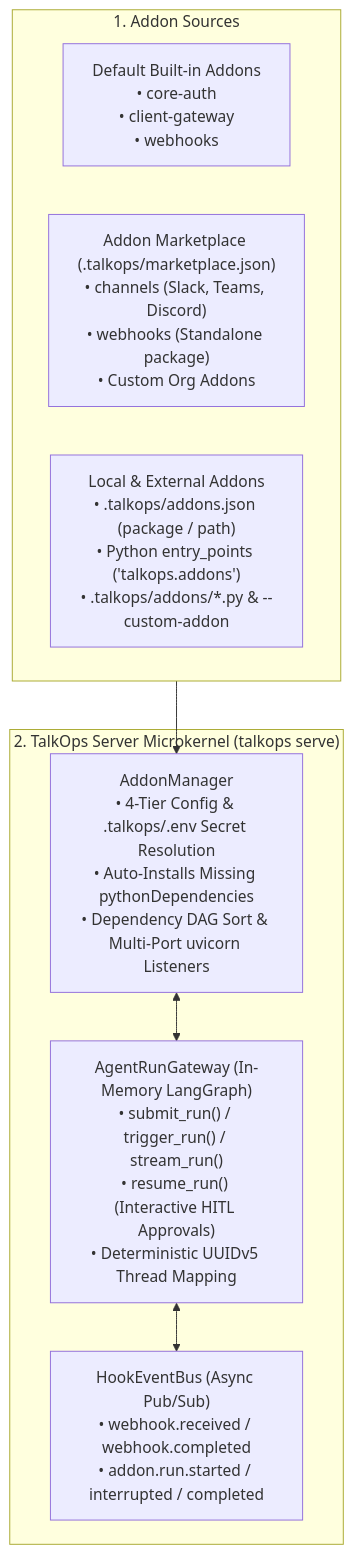
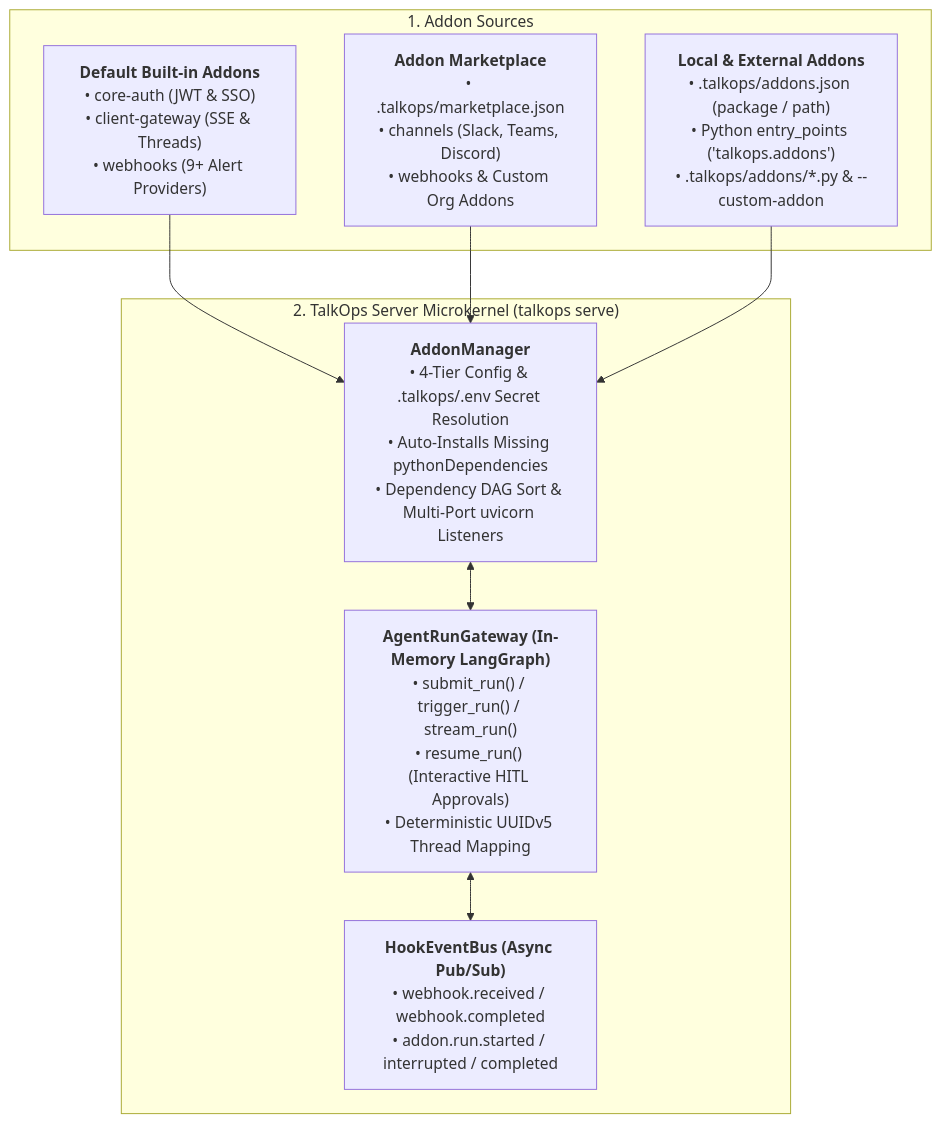
Before and after one commit to talkops-ai/talkops: the diagram in docs/talkops-docs/server-addons.md, drawn with Mermaid. The commit also changed other lines of this file and 24 other files, not shown here.

````diff
--- a/docs/talkops-docs/server-addons.md
+++ b/docs/talkops-docs/server-addons.md
@@ -36,18 +36,18 @@
 ```mermaid
 flowchart TB
     subgraph Sources["1. Addon Sources"]
-        B["Default Built-in Addons\n• core-auth\n• client-gateway\n• webhooks"]
-        MP["Addon Marketplace (.talkops/marketplace.json)\n• channels (Slack, Teams, Discord)\n• webhooks (Standalone package)\n• Custom Org Addons"]
-        EXT["Local & External Addons\n• .talkops/addons.json (package / path)\n• Python entry_points ('talkops.addons')\n• .talkops/addons/*.py & --custom-addon"]
+        B["<b>Default Built-in Addons</b><br/>• core-auth (JWT &amp; SSO)<br/>• client-gateway (SSE &amp; Threads)<br/>• webhooks (9+ Alert Providers)"]
+        MP["<b>Addon Marketplace</b><br/>• .talkops/marketplace.json<br/>• channels (Slack, Teams, Discord)<br/>• webhooks &amp; Custom Org Addons"]
+        EXT["<b>Local &amp; External Addons</b><br/>• .talkops/addons.json (package / path)<br/>• Python entry_points ('talkops.addons')<br/>• .talkops/addons/*.py &amp; --custom-addon"]
     end
 
     subgraph Runtime["2. TalkOps Server Microkernel (talkops serve)"]
-        AM["AddonManager\n• 4-Tier Config & .talkops/.env Secret Resolution\n• Auto-Installs Missing pythonDependencies\n• Dependency DAG Sort & Multi-Port uvicorn Listeners"]
-        GW["AgentRunGateway (In-Memory LangGraph)\n• submit_run() / trigger_run() / stream_run()\n• resume_run() (Interactive HITL Approvals)\n• Deterministic UUIDv5 Thread Mapping"]
-        BUS["HookEventBus (Async Pub/Sub)\n• webhook.received / webhook.completed\n• addon.run.started / interrupted / completed"]
+        AM["<b>AddonManager</b><br/>• 4-Tier Config &amp; .talkops/.env Secret Resolution<br/>• Auto-Installs Missing pythonDependencies<br/>• Dependency DAG Sort &amp; Multi-Port uvicorn Listeners"]
+        GW["<b>AgentRunGateway (In-Memory LangGraph)</b><br/>• submit_run() / trigger_run() / stream_run()<br/>• resume_run() (Interactive HITL Approvals)<br/>• Deterministic UUIDv5 Thread Mapping"]
+        BUS["<b>HookEventBus (Async Pub/Sub)</b><br/>• webhook.received / webhook.completed<br/>• addon.run.started / interrupted / completed"]
     end
 
-    Sources --> AM
+    B & MP & EXT --> AM
     AM <--> GW
     GW <--> BUS
 ```
````
